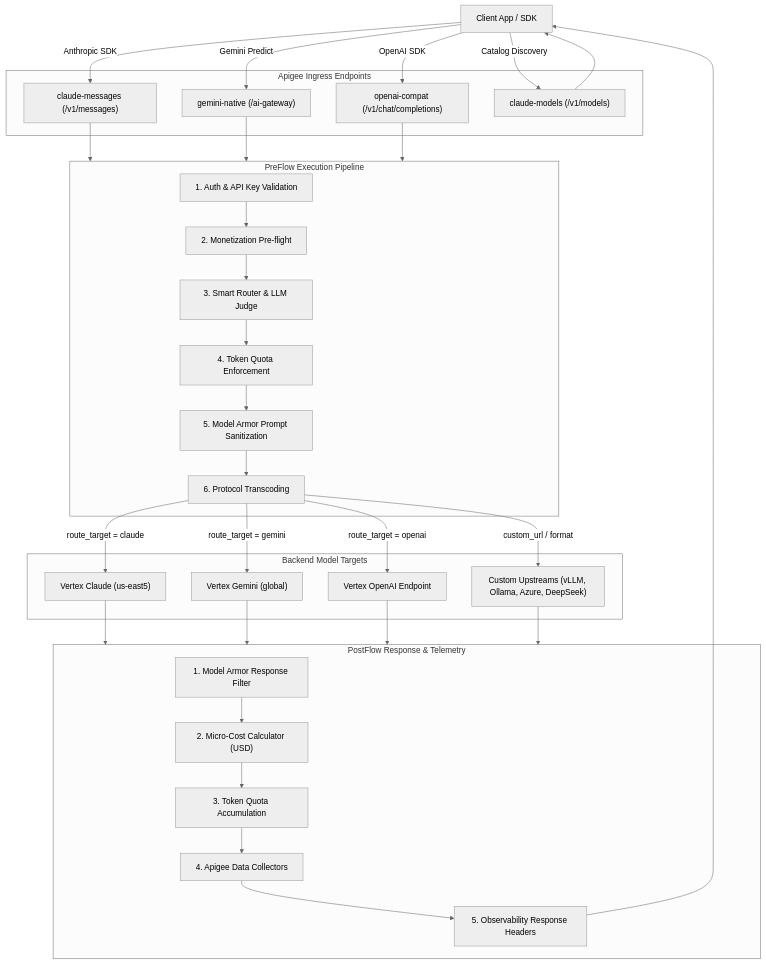
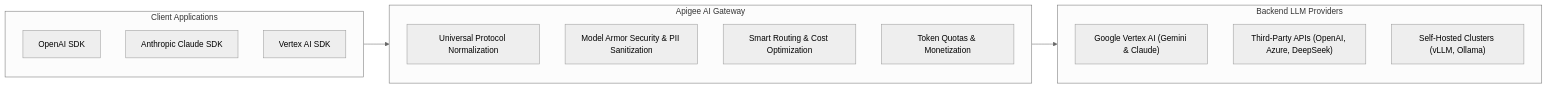
Before and after one commit to ra2085/ai-gw-sample: the diagram in README.md, drawn with Mermaid (neutral theme). The commit also changed 2 other files, not shown here.

````diff
--- a/README.md
+++ b/README.md
@@ -43,60 +43,25 @@
 ```mermaid
-graph TD
-    Client["Client App / SDK"]
-
-    subgraph Ingress["Apigee Ingress Endpoints"]
-        EP_Claude["claude-messages (/v1/messages)"]
-        EP_Gemini["gemini-native (/ai-gateway)"]
-        EP_OpenAI["openai-compat (/v1/chat/completions)"]
-        EP_Models["claude-models (/v1/models)"]
+graph LR
+    subgraph Clients["Client Applications"]
+        C1["OpenAI SDK"]
+        C2["Anthropic Claude SDK"]
+        C3["Vertex AI SDK"]
     end
 
-    subgraph Pipeline["PreFlow Execution Pipeline"]
-        Auth["1. Auth & API Key Validation"]
-        MLC["2. Monetization Pre-flight"]
-        Judge["3. Smart Router & LLM Judge"]
-        Quota["4. Token Quota Enforcement"]
-        Armor["5. Model Armor Prompt Sanitization"]
-        Xlate["6. Protocol Transcoding"]
-        
-        Auth --> MLC --> Judge --> Quota --> Armor --> Xlate
+    subgraph Gateway["Apigee AI Gateway"]
+        direction TB
+        G1["Universal Protocol Normalization"]
+        G2["Model Armor Security & PII Sanitization"]
+        G3["Smart Routing & Cost Optimization"]
+        G4["Token Quotas & Monetization"]
     end
 
-    subgraph Targets["Backend Model Targets"]
-        T_Claude["Vertex Claude (us-east5)"]
-        T_Gemini["Vertex Gemini (global)"]
-        T_OpenAI["Vertex OpenAI Endpoint"]
-        T_Custom["Custom Upstreams (vLLM, Ollama, Azure, DeepSeek)"]
+    subgraph Providers["Backend LLM Providers"]
+        P1["Google Vertex AI (Gemini & Claude)"]
+        P2["Third-Party APIs (OpenAI, Azure, DeepSeek)"]
+        P3["Self-Hosted Clusters (vLLM, Ollama)"]
     end
 
-    Client -->|Anthropic SDK| EP_Claude
-    Client -->|Gemini Predict| EP_Gemini
-    Client -->|OpenAI SDK| EP_OpenAI
-    Client -->|Catalog Discovery| EP_Models
-
-    EP_Claude --> Pipeline
-    EP_Gemini --> Pipeline
-    EP_OpenAI --> Pipeline
-
-    Xlate -->|route_target = claude| T_Claude
-    Xlate -->|route_target = gemini| T_Gemini
-    Xlate -->|route_target = openai| T_OpenAI
-    Xlate -->|custom_url / format| T_Custom
-
-    subgraph Egress["PostFlow Response & Telemetry"]
-        SMR["1. Model Armor Response Filter"]
-        Calc["2. Micro-Cost Calculator (USD)"]
-        LTQ_Cnt["3. Token Quota Accumulation"]
-        DC["4. Apigee Data Collectors"]
-        Hdrs["5. Observability Response Headers"]
-        
-        SMR --> Calc --> LTQ_Cnt --> DC --> Hdrs
-    end
-
-    T_Claude --> Egress
-    T_Gemini --> Egress
-    T_OpenAI --> Egress
-    T_Custom --> Egress
-    Hdrs --> Client
-    EP_Models --> Client
+    Clients --> Gateway
+    Gateway --> Providers
 ```
````
